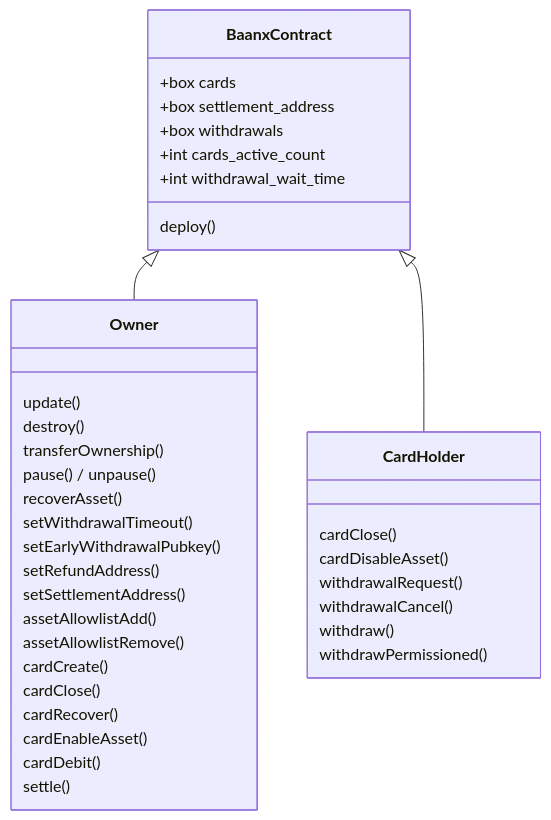
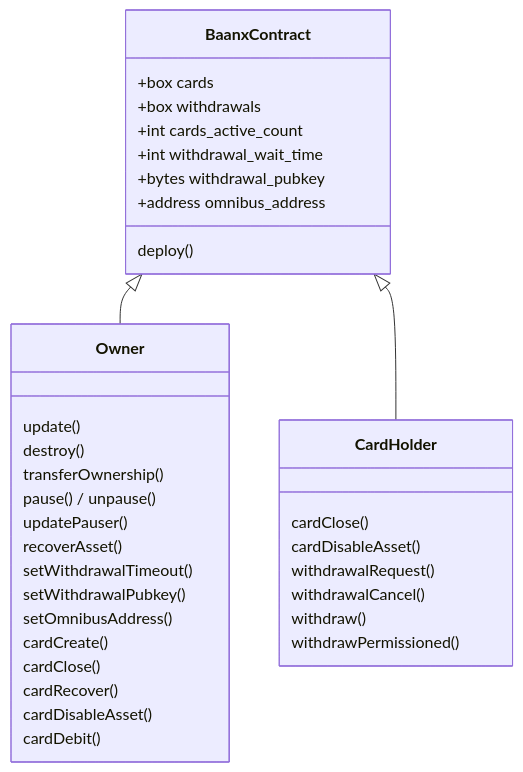
The first of 2 diagrams in README.md (funk-af/baanx-contracts), drawn with Mermaid before and after one commit. The commit also changed other lines of this file and 1 other file, not shown here.

````diff
--- a/README.md
+++ b/README.md
@@ -157,41 +169,39 @@
 ```mermaid
 classDiagram
     BaanxContract : +box cards
-    BaanxContract : +box settlement_address
     BaanxContract : +box withdrawals
     BaanxContract : +int cards_active_count
     BaanxContract : +int withdrawal_wait_time
+    BaanxContract : +bytes withdrawal_pubkey
+    BaanxContract : +address omnibus_address
     BaanxContract : deploy()
 
     BaanxContract <|-- Owner
     BaanxContract <|-- CardHolder
 
     class Owner {
         update()
         destroy()
         transferOwnership()
         pause() / unpause()
+        updatePauser()
         recoverAsset()
         setWithdrawalTimeout()
-        setEarlyWithdrawalPubkey()
-        setRefundAddress()
-        setSettlementAddress()
-        assetAllowlistAdd()
-        assetAllowlistRemove()
+        setWithdrawalPubkey()
+        setOmnibusAddress()
         cardCreate()
         cardClose()
         cardRecover()
-        cardEnableAsset()
+        cardDisableAsset()
         cardDebit()
-        settle()
     }
 
     class CardHolder {
         cardClose()
         cardDisableAsset()
         withdrawalRequest()
         withdrawalCancel()
         withdraw()
         withdrawPermissioned()
     }
 ```
````
